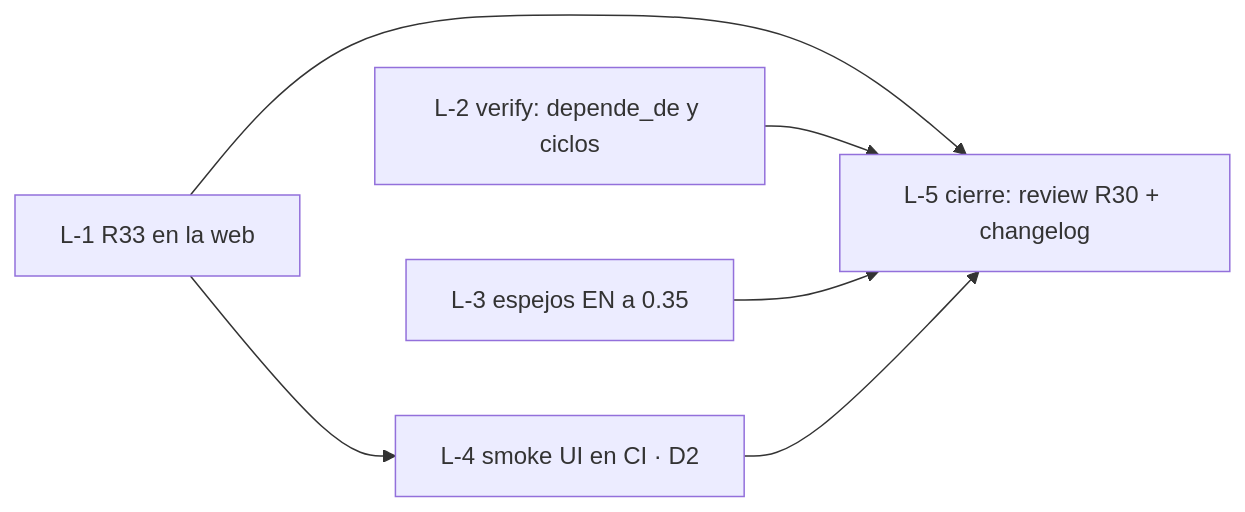
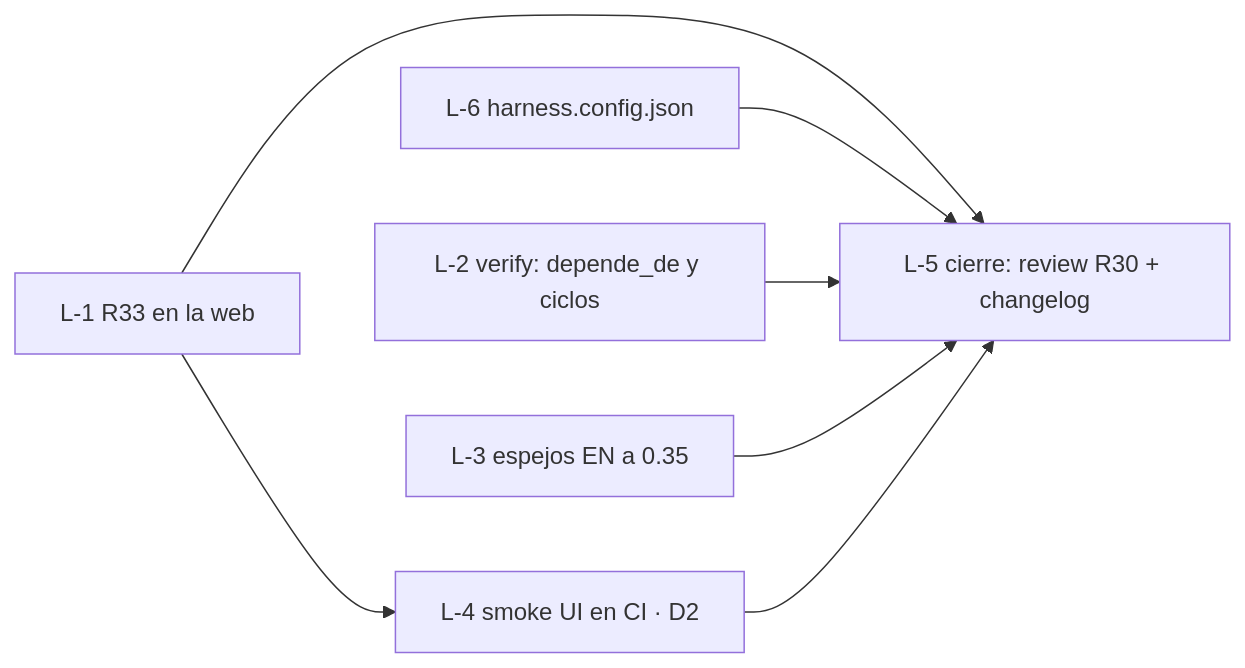
One commit to Fakundus01/sdd-universal changed the diagram in sdd/loops/dev-de-10.md. Above: the diagram before and after it, drawn with Mermaid. The commit also changed other lines of this file and 7 other files, not shown here.

````diff
--- a/sdd/loops/dev-de-10.md
+++ b/sdd/loops/dev-de-10.md
@@ -24,10 +24,12 @@
 ```mermaid
 graph LR
   L-1[L-1 R33 en la web] --> L-4[L-4 smoke UI en CI · D2]
   L-2[L-2 verify: depende_de y ciclos]
   L-3[L-3 espejos EN a 0.35]
+  L-6[L-6 harness.config.json]
   L-1 --> L-5[L-5 cierre: review R30 + changelog]
+  L-6 --> L-5
   L-2 --> L-5
   L-3 --> L-5
   L-4 --> L-5
 ```
````
